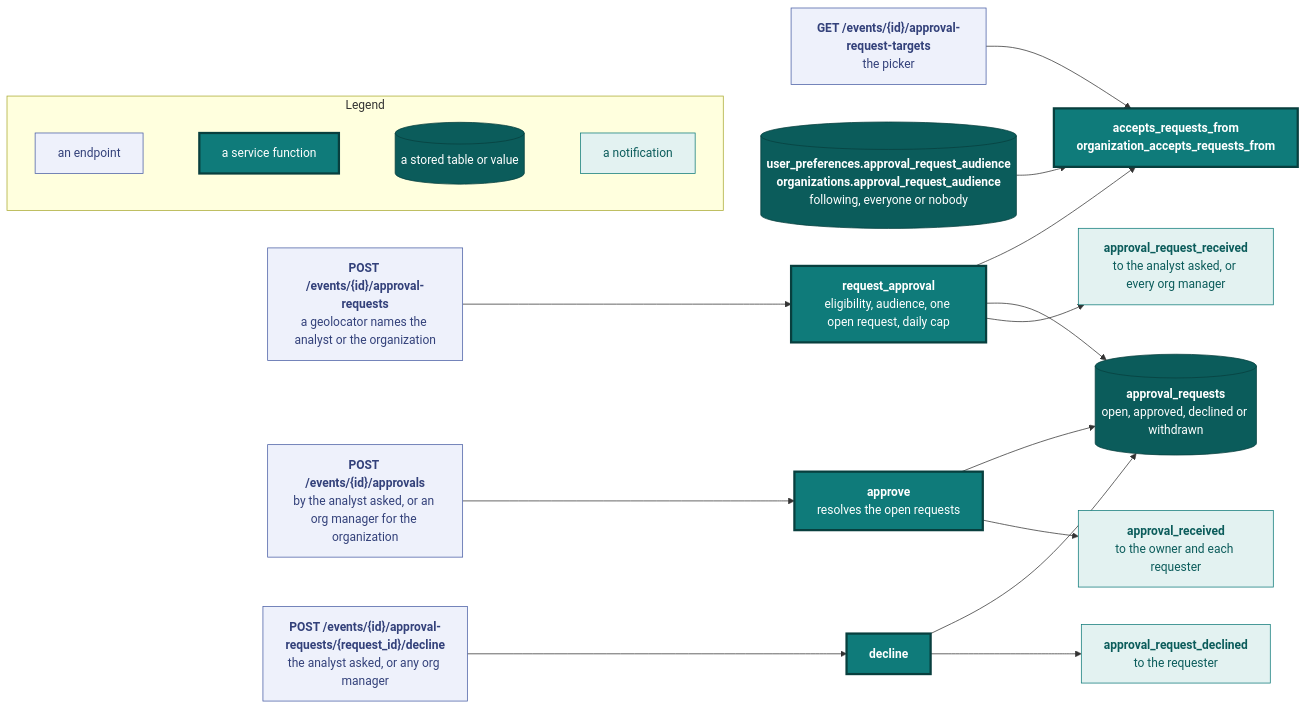
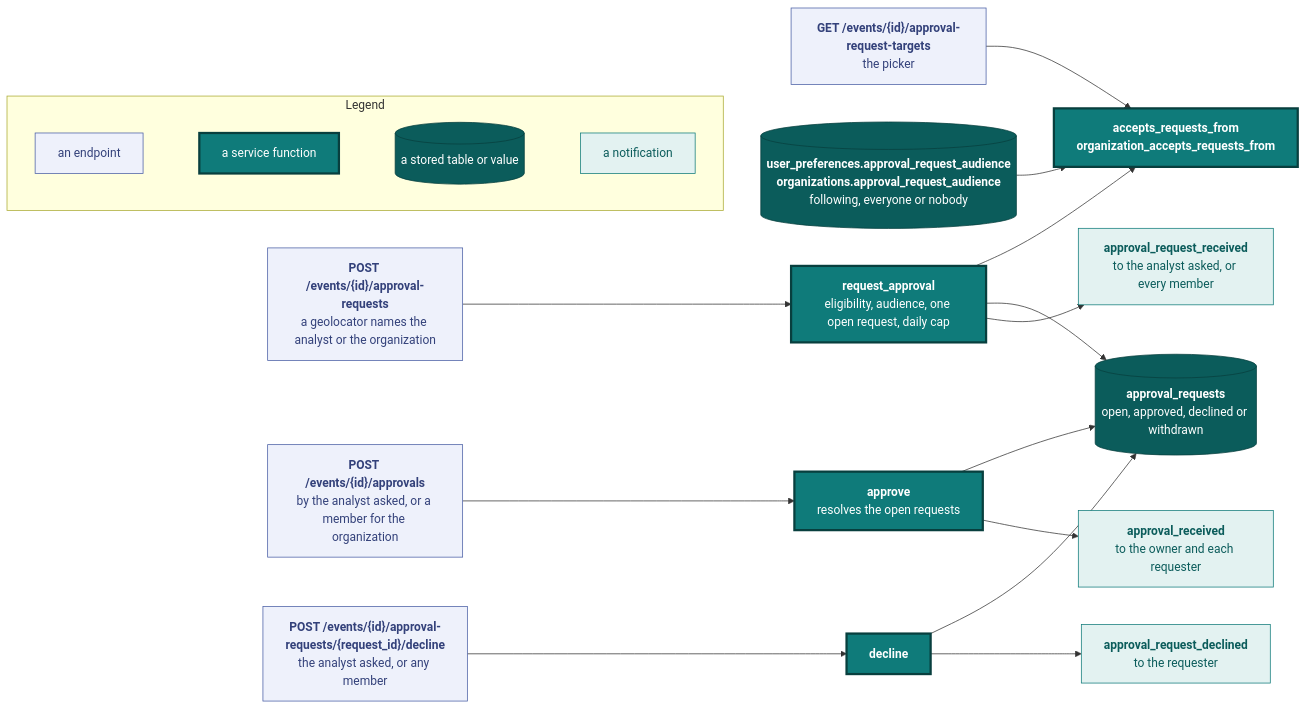
Before and after one commit to vidithq/vidit: the fifth of 8 diagrams in docs/api.md, drawn with Mermaid. The commit also changed other lines of this file and 132 other files, not shown here.

````diff
--- a/docs/api.md
+++ b/docs/api.md
@@ -1586,53 +1595,53 @@
 ```mermaid
 flowchart LR
   classDef spec fill:#eef1fb,stroke:#4a5fa5,color:#33417a
   classDef core fill:#0f7b7a,stroke:#083f3e,stroke-width:3px,color:#ffffff
   classDef store fill:#0b5c5b,stroke:#083f3e,color:#ffffff
   classDef shared fill:#e3f2f1,stroke:#0f7b7a,color:#0b5c5b
 
   subgraph legend [Legend]
     direction LR
     l1["`an endpoint`"]:::spec
     l2["`a service function`"]:::core
     l3[("`a stored table or value`")]:::store
     l4["`a notification`"]:::shared
     l1 ~~~ l2 ~~~ l3 ~~~ l4
   end
 
   ask["`**POST /events/{id}/approval-requests**
   a geolocator names the analyst or the organization`"]:::spec
   targets["`**GET /events/{id}/approval-request-targets**
   the picker`"]:::spec
   approve["`**POST /events/{id}/approvals**
-  by the analyst asked, or an org manager for the organization`"]:::spec
+  by the analyst asked, or a member for the organization`"]:::spec
   declineep["`**POST /events/{id}/approval-requests/{request_id}/decline**
-  the analyst asked, or any org manager`"]:::spec
+  the analyst asked, or any member`"]:::spec
   audience[("`**user_preferences.approval_request_audience**
   **organizations.approval_request_audience**
   following, everyone or nobody`")]:::store
   request["`**request_approval**
   eligibility, audience, one open request, daily cap`"]:::core
   admits["`**accepts_requests_from**
   **organization_accepts_requests_from**`"]:::core
   place["`**approve**
   resolves the open requests`"]:::core
   decline["`**decline**`"]:::core
   rows[("`**approval_requests**
   open, approved, declined or withdrawn`")]:::store
   received["`**approval_request_received**
-  to the analyst asked, or every org manager`"]:::shared
+  to the analyst asked, or every member`"]:::shared
   approved["`**approval_received**
   to the owner and each requester`"]:::shared
   declined["`**approval_request_declined**
   to the requester`"]:::shared
 
   audience --> admits
   targets --> admits
   ask --> request --> admits
   request --> rows
   request --> received
   approve --> place --> rows
   place --> approved
   declineep --> decline --> rows
   decline --> declined
 ```
````
